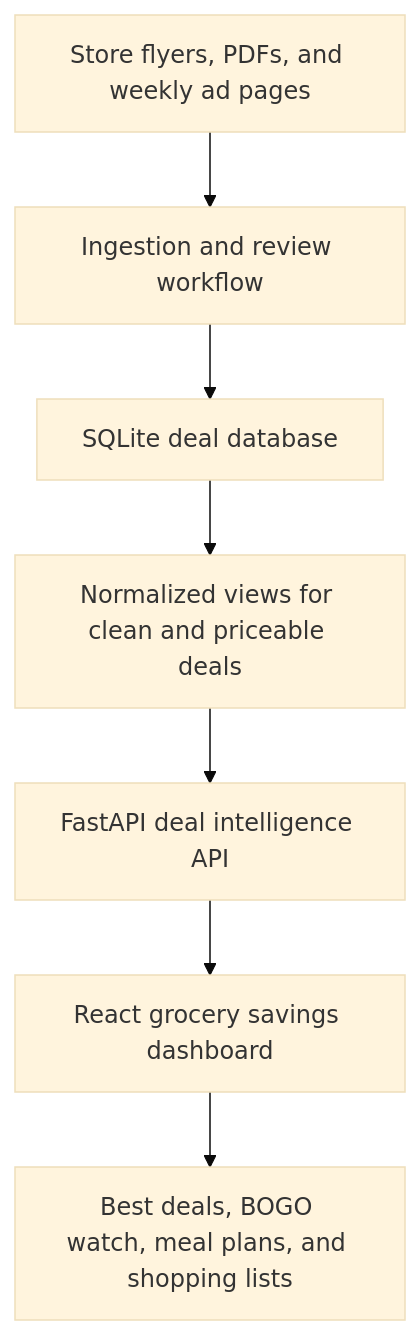
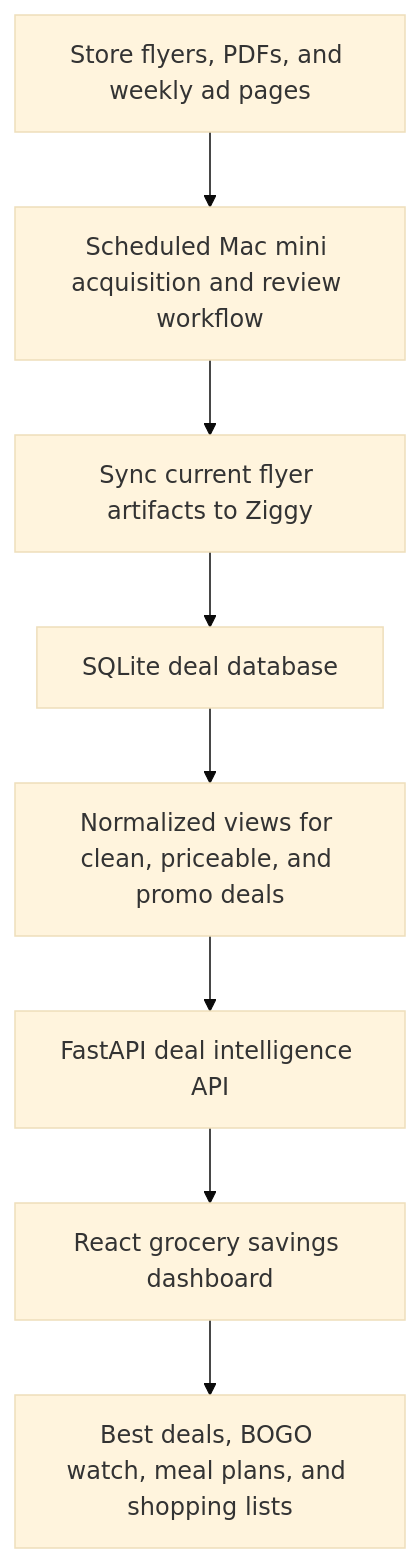
One commit to legosandjoysticks/deal-meal-planner-case-study changed the diagram in README.md. Above: the diagram before and after it, drawn with Mermaid (base theme). The commit also changed other lines of this file and 2 other files, not shown here.

Commit message:
Update Deal Meal Planner case study for live operations

````diff
--- a/README.md
+++ b/README.md
@@ -38,9 +41,10 @@
 ```mermaid
 flowchart TD
-    A["Store flyers, PDFs, and weekly ad pages"] --> B["Ingestion and review workflow"]
-    B --> C["SQLite deal database"]
-    C --> D["Normalized views for clean and priceable deals"]
-    D --> E["FastAPI deal intelligence API"]
-    E --> F["React grocery savings dashboard"]
-    F --> G["Best deals, BOGO watch, meal plans, and shopping lists"]
+    A["Store flyers, PDFs, and weekly ad pages"] --> B["Scheduled Mac mini acquisition and review workflow"]
+    B --> C["Sync current flyer artifacts to Ziggy"]
+    C --> D["SQLite deal database"]
+    D --> E["Normalized views for clean, priceable, and promo deals"]
+    E --> F["FastAPI deal intelligence API"]
+    F --> G["React grocery savings dashboard"]
+    G --> H["Best deals, BOGO watch, meal plans, and shopping lists"]
 ```
````
